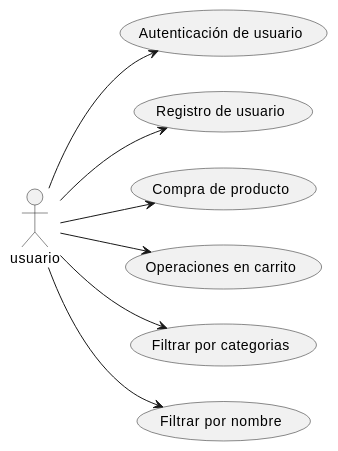
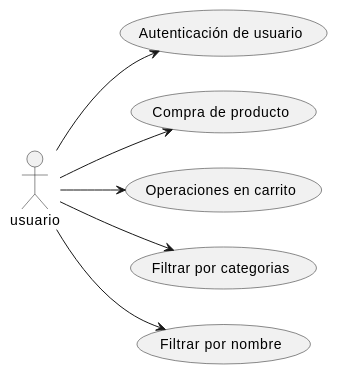
Before and after one commit to Arquisoft/dede_es1c: the diagram in docs/08_concepts.adoc, drawn with PlantUML. The commit also changed other lines of this file and 10 other files, not shown here.

```diff
--- a/docs/08_concepts.adoc
+++ b/docs/08_concepts.adoc
@@ -73,19 +69,17 @@
 [plantuml, "conceptos operativos",png]
 ----
 left to right direction
 usuario as ac1
 
 (Autenticación de usuario) as (a)
-(Registro de usuario) as (r)
 (Compra de producto) as (c)
 (Operaciones en carrito) as (o)
 (Filtrar por categorias) as (f)
 (Filtrar por nombre) as (n)
 
 ac1 --> a
-ac1 --> r
 ac1 --> c
 ac1 --> o
 ac1 --> f
 ac1 --> n
 ----
```
